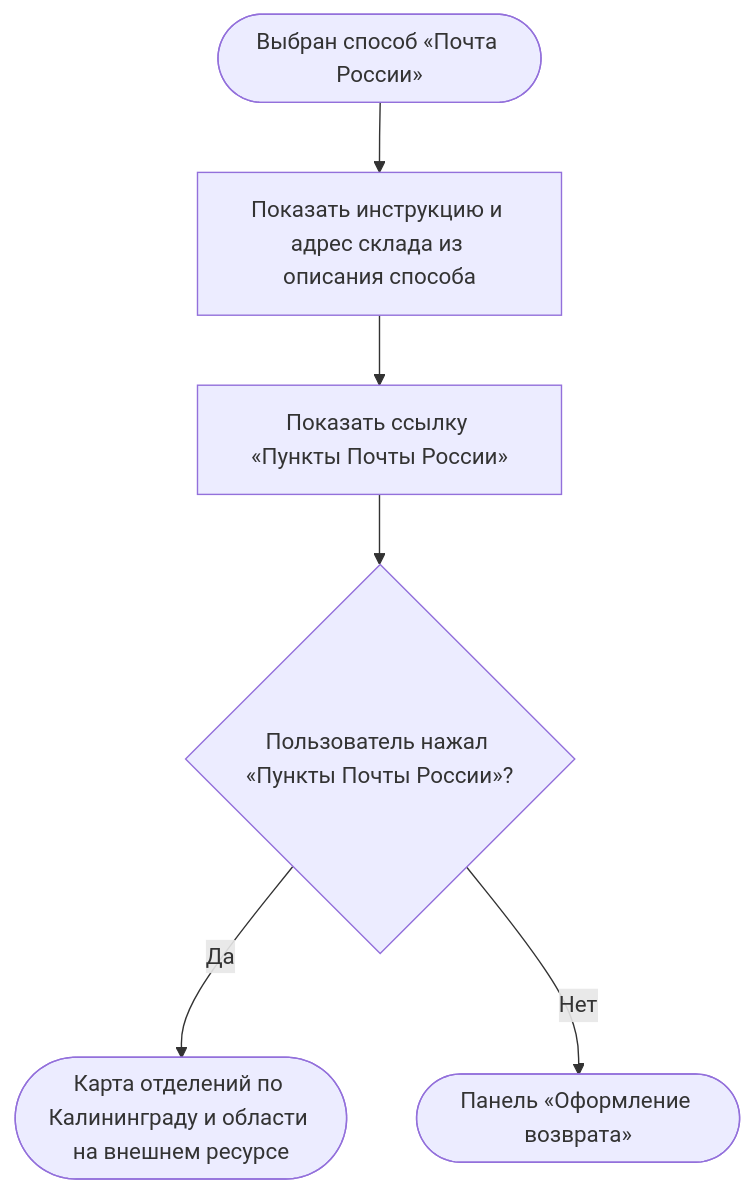
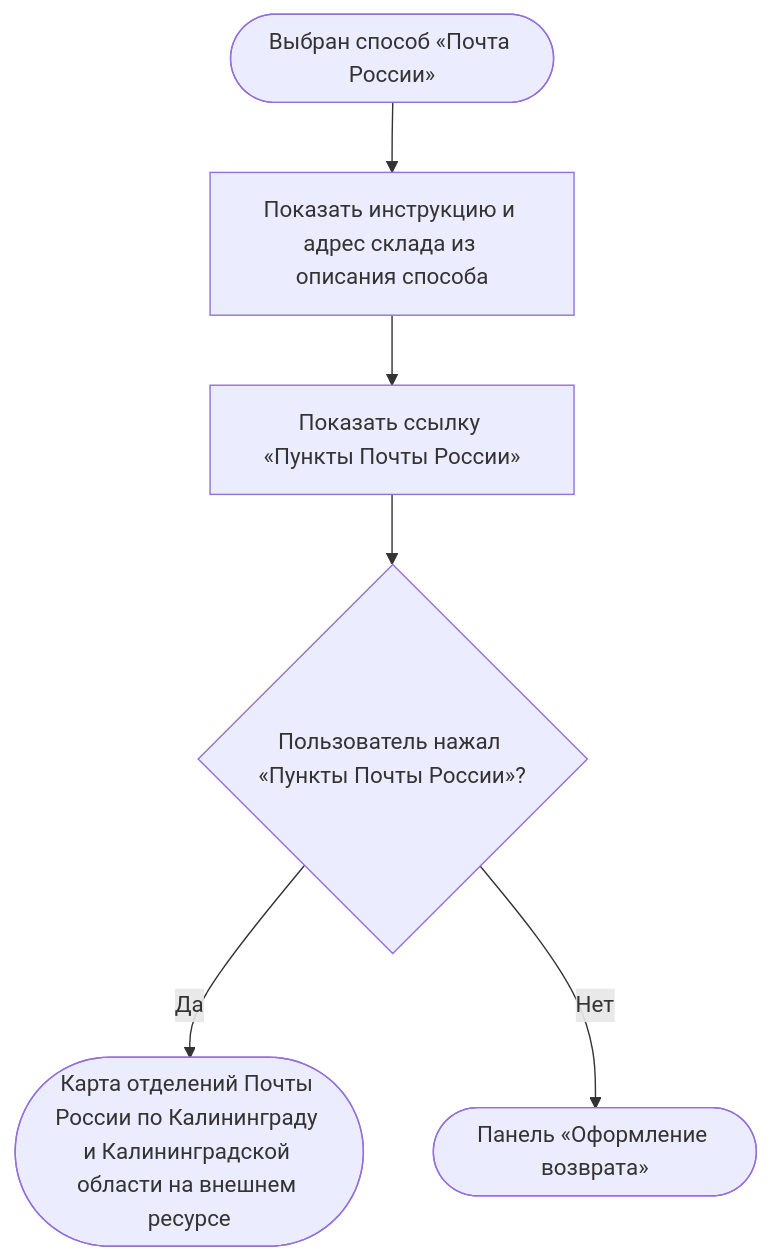
Before and after one commit to Terinss155/opencode-agents-analysis: diagram 15 of 24 in projects/returns-2.0/requirements/srs/srs-web-mvp.md, drawn with Mermaid. The commit also changed other lines of this file and 4 other files, not shown here.

````diff
--- a/projects/returns-2.0/requirements/srs/srs-web-mvp.md
+++ b/projects/returns-2.0/requirements/srs/srs-web-mvp.md
@@ -918,8 +925,8 @@
 ```mermaid
 flowchart TD
     S([Выбран способ «Почта России»]) --> A["Показать инструкцию и адрес склада из описания способа"]
     A --> A1["Показать ссылку «Пункты Почты России»"]
     A1 --> B{"Пользователь нажал «Пункты Почты России»?"}
-    B -->|Да| B1(["Карта отделений по Калининграду и области на внешнем ресурсе"])
+    B -->|Да| B1(["Карта отделений Почты России по Калининграду и Калининградской области на внешнем ресурсе"])
     B -->|Нет| Z([Панель «Оформление возврата»])
 ```
````
